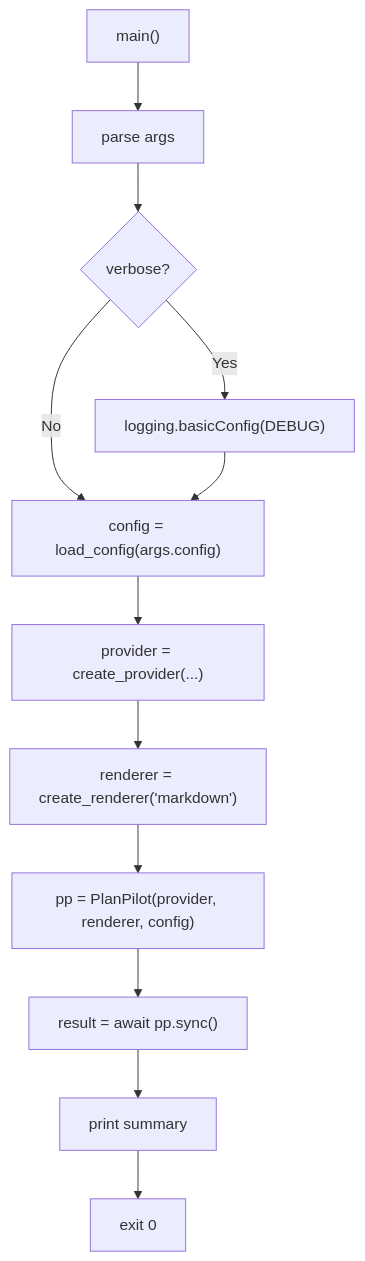
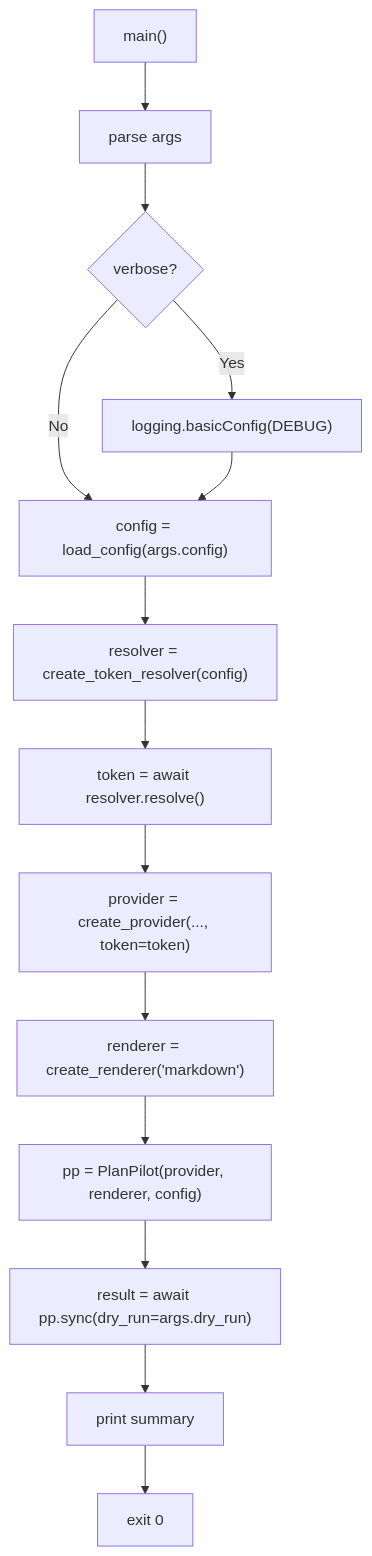
The diagram in docs/v2/cli.md (aryeko/planpilot), drawn with Mermaid before and after one commit. The commit also changed other lines of this file and 4 other files, not shown here.

````diff
--- a/docs/v2/cli.md
+++ b/docs/v2/cli.md
@@ -91,14 +91,16 @@
 ```mermaid
 flowchart TB
     Start["main()"] --> Parse["parse args"]
     Parse --> Logging{"verbose?"}
     Logging -- Yes --> SetDebug["logging.basicConfig(DEBUG)"]
     Logging -- No --> LoadConfig
     SetDebug --> LoadConfig["config = load_config(args.config)"]
-    LoadConfig --> Provider["provider = create_provider(...)"]
+    LoadConfig --> Auth["resolver = create_token_resolver(config)"]
+    Auth --> Token["token = await resolver.resolve()"]
+    Token --> Provider["provider = create_provider(..., token=token)"]
     Provider --> Renderer["renderer = create_renderer('markdown')"]
     Renderer --> SDK["pp = PlanPilot(provider, renderer, config)"]
-    SDK --> Sync["result = await pp.sync()"]
+    SDK --> Sync["result = await pp.sync(dry_run=args.dry_run)"]
     Sync --> Format["print summary"]
     Format --> Exit["exit 0"]
 ```
````
